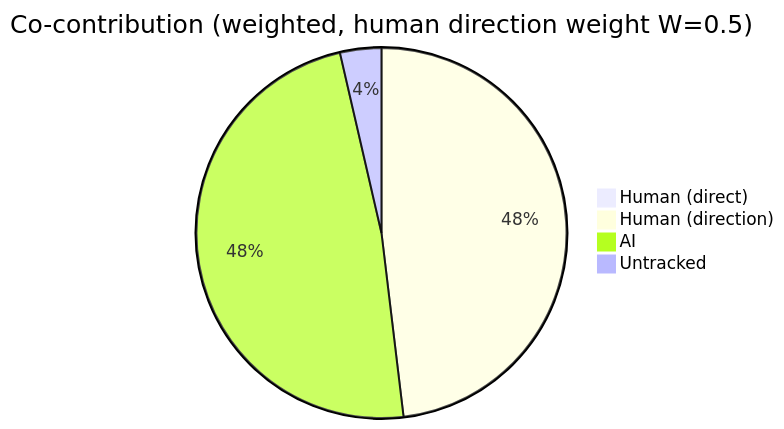
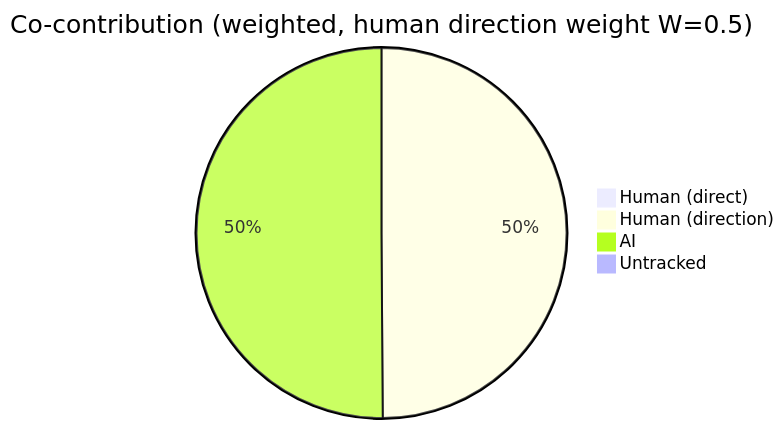
The first of 7 diagrams in AI-AUTHORSHIP.md (CaliMark/ai-authorship), drawn with Mermaid before and after one commit. The commit also changed other lines of this file and 1 other file, not shown here.

````diff
--- a/AI-AUTHORSHIP.md
+++ b/AI-AUTHORSHIP.md
@@ -23,7 +23,7 @@
 ```mermaid
 pie title Co-contribution (weighted, human direction weight W=0.5)
     "Human (direct)" : 0
-    "Human (direction)" : 240
-    "AI" : 241
-    "Untracked" : 18
+    "Human (direction)" : 228
+    "AI" : 229
+    "Untracked" : 0
 ```
````
